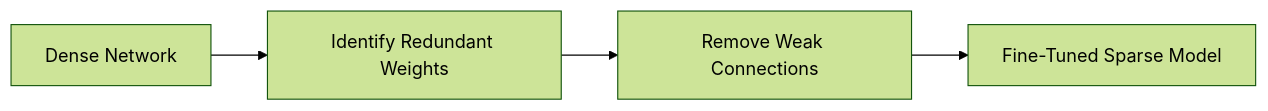
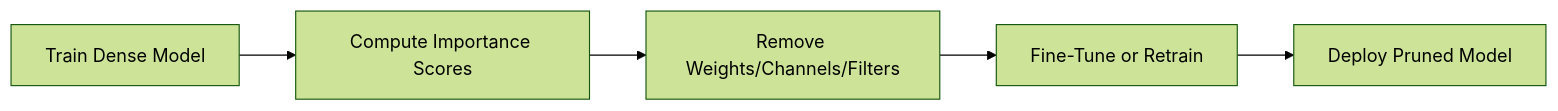
Before and after one commit to Immortal-Fates/Notes-in-ZJU: the diagram in ml/Model-Compression/02-Pruning-and-Sparsity.md, drawn with Mermaid (forest theme). The commit also changed other lines of this file and 14 other files, not shown here.

````diff
--- a/ml/Model-Compression/02-Pruning-and-Sparsity.md
+++ b/ml/Model-Compression/02-Pruning-and-Sparsity.md
@@ -21,6 +105,7 @@
 ```mermaid
-graph LR
-A[Dense Network] --> B[Identify Redundant Weights]
-B --> C[Remove Weak Connections]
-C --> D[Fine-Tuned Sparse Model]
+flowchart LR
+    A[Train Dense Model] --> B[Compute Importance Scores]
+    B --> C[Remove Weights/Channels/Filters]
+    C --> D[Fine-Tune or Retrain]
+    D --> E[Deploy Pruned Model]
 ```
````
